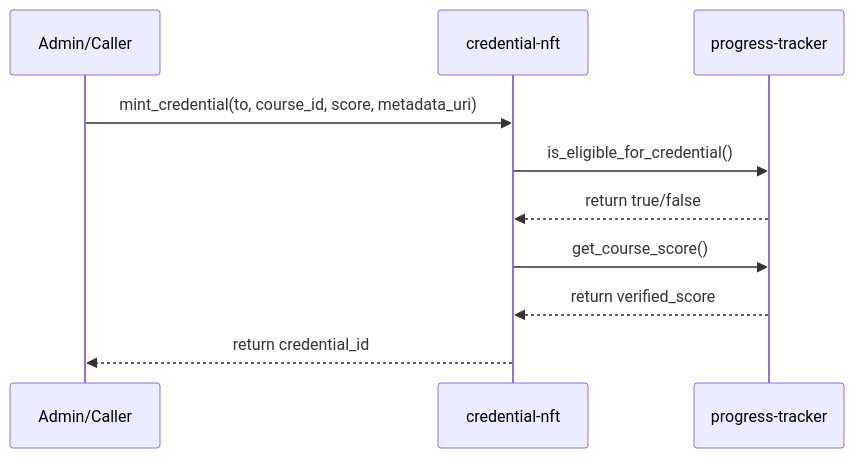
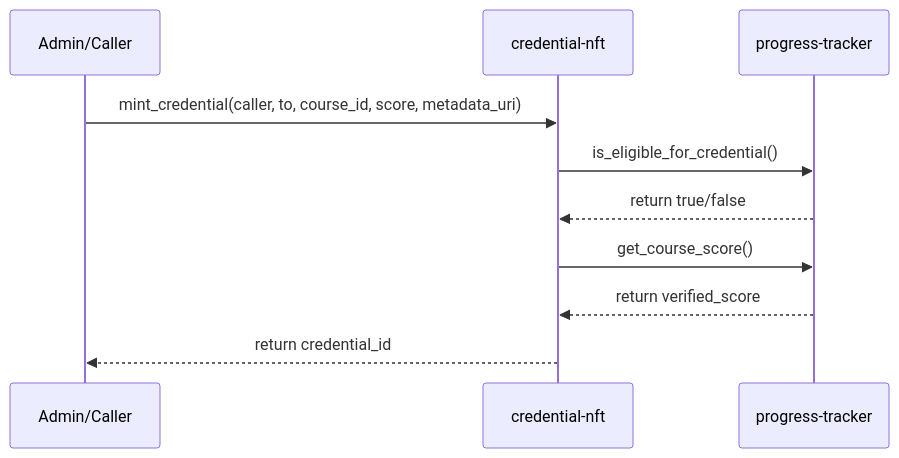
Before and after one commit to ChainLearnOfficial/chainlearn-contracts: the third of 3 diagrams in docs/architecture.md, drawn with Mermaid. The commit also changed 30 other files, not shown here.

First line of the commit message:
fix: unify pause naming, add RBAC, typed errors in learn-token and credential-nft (#550-#553) (#677)

````diff
--- a/docs/architecture.md
+++ b/docs/architecture.md
@@ -89,13 +89,13 @@
 ```mermaid
 sequenceDiagram
     participant Admin as Admin/Caller
     participant NFT as credential-nft
     participant Tracker as progress-tracker
 
-    Admin->>NFT: mint_credential(to, course_id, score, metadata_uri)
+    Admin->>NFT: mint_credential(caller, to, course_id, score, metadata_uri)
     NFT->>Tracker: is_eligible_for_credential()
     Tracker-->>NFT: return true/false
     NFT->>Tracker: get_course_score()
     Tracker-->>NFT: return verified_score
     NFT-->>Admin: return credential_id
 ```
````
